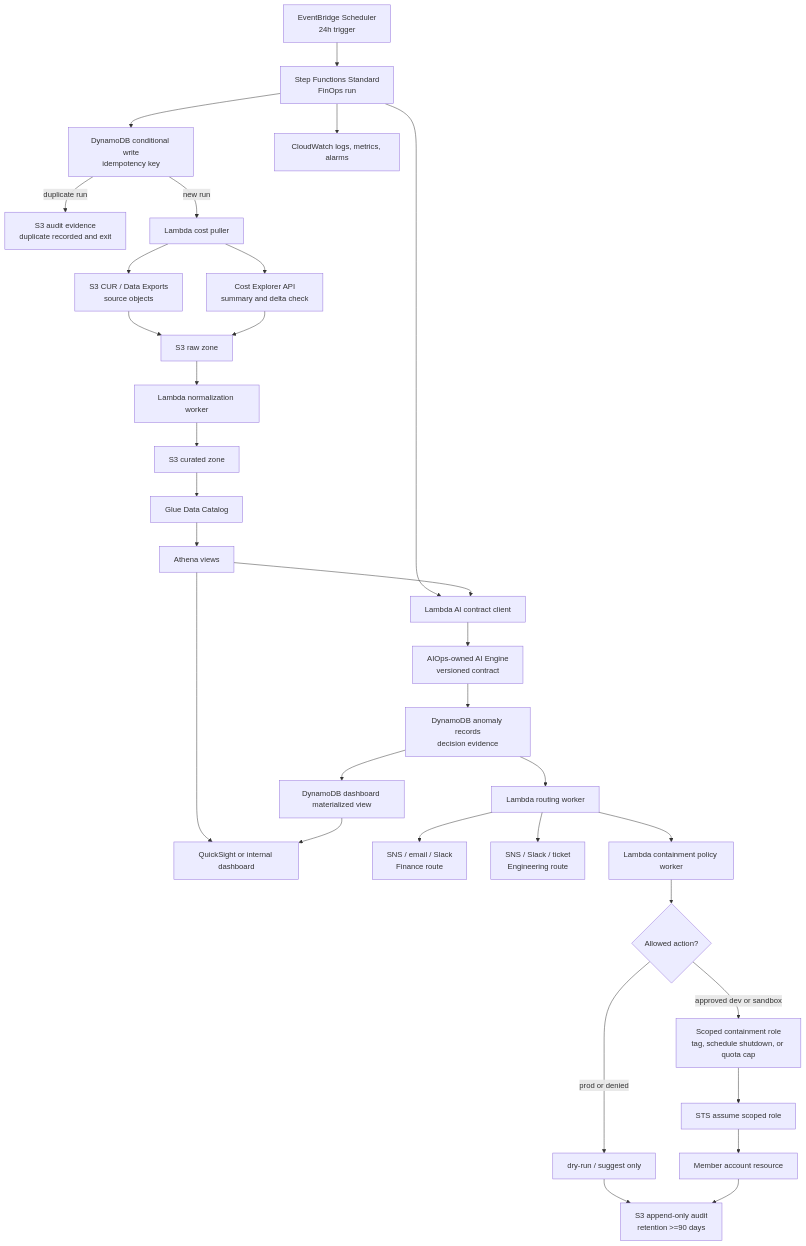
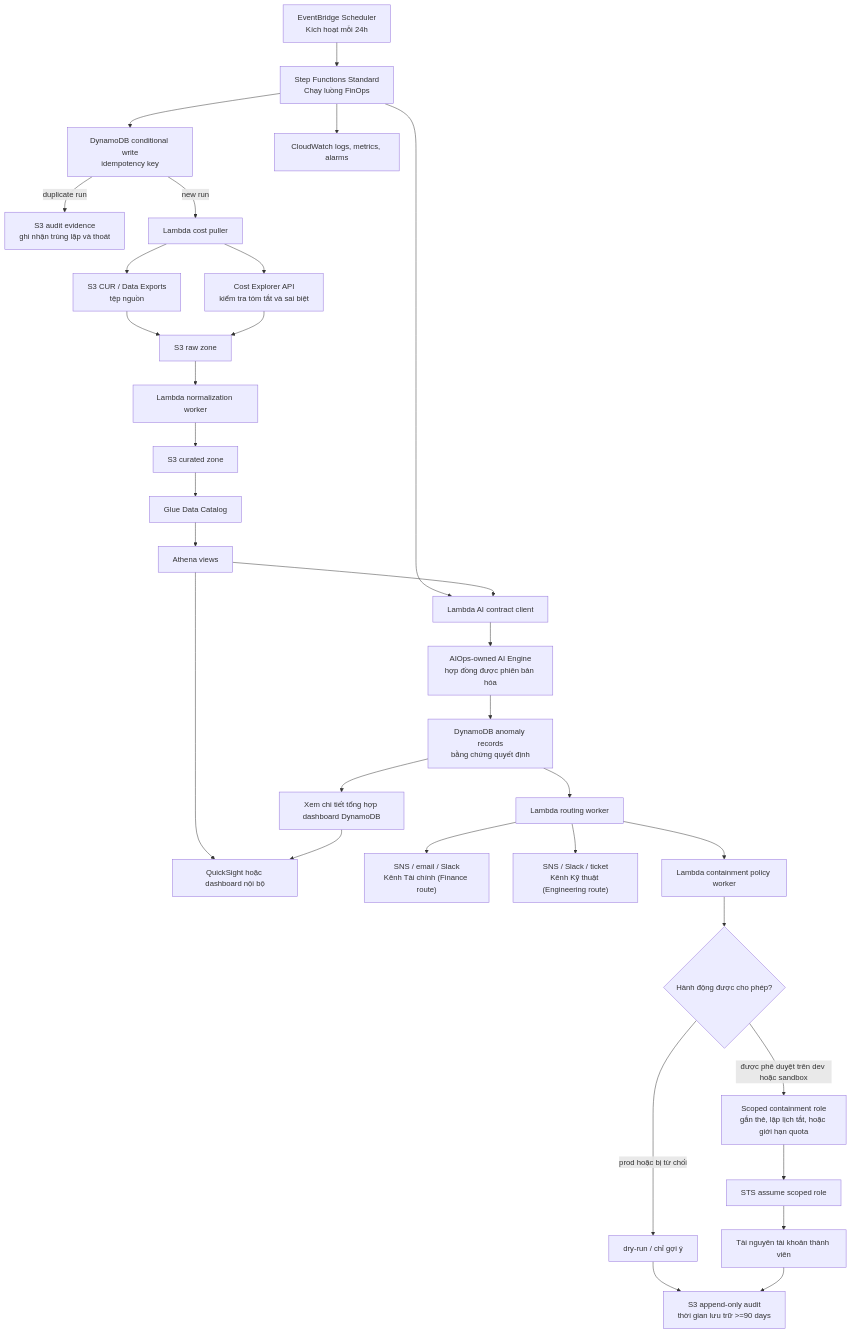
The second of 2 diagrams in docs/tf2-finops/02_infra_design_vi.md (hungxqt/tf2-finops-docs), drawn with Mermaid before and after one commit. The commit also changed other lines of this file, not shown here.

````diff
--- a/docs/tf2-finops/02_infra_design_vi.md
+++ b/docs/tf2-finops/02_infra_design_vi.md
@@ -80,42 +80,42 @@
 ```mermaid
 flowchart TD
-    EB["EventBridge Scheduler<br/>24h trigger"] --> SFN["Step Functions Standard<br/>FinOps run"]
+    EB["EventBridge Scheduler<br/>Kích hoạt mỗi 24h"] --> SFN["Step Functions Standard<br/>Chạy luồng FinOps"]
     SFN --> IDEM["DynamoDB conditional write<br/>idempotency key"]
 
-    IDEM -- duplicate run --> DUPAUDIT["S3 audit evidence<br/>duplicate recorded and exit"]
+    IDEM -- duplicate run --> DUPAUDIT["S3 audit evidence<br/>ghi nhận trùng lặp và thoát"]
     IDEM -- new run --> PULL["Lambda cost puller"]
 
-    PULL --> CURS3["S3 CUR / Data Exports<br/>source objects"]
-    PULL --> CEAPI["Cost Explorer API<br/>summary and delta check"]
+    PULL --> CURS3["S3 CUR / Data Exports<br/>tệp nguồn"]
+    PULL --> CEAPI["Cost Explorer API<br/>kiểm tra tóm tắt và sai biệt"]
     CURS3 --> RAW["S3 raw zone"]
     CEAPI --> RAW
 
     RAW --> NORM["Lambda normalization worker"]
     NORM --> CURATED["S3 curated zone"]
     CURATED --> GLUE["Glue Data Catalog"]
     GLUE --> ATHENA["Athena views"]
 
     SFN --> AIClient["Lambda AI contract client"]
     ATHENA --> AIClient
-    AIClient --> AI["AIOps-owned AI Engine<br/>versioned contract"]
-    AI --> DECISION["DynamoDB anomaly records<br/>decision evidence"]
+    AIClient --> AI["AIOps-owned AI Engine<br/>hợp đồng được phiên bản hóa"]
+    AI --> DECISION["DynamoDB anomaly records<br/>bằng chứng quyết định"]
 
-    DECISION --> DASHMAT["DynamoDB dashboard materialized view"]
-    ATHENA --> DASH["QuickSight or internal dashboard"]
+    DECISION --> DASHMAT["Xem chi tiết tổng hợp dashboard DynamoDB"]
+    ATHENA --> DASH["QuickSight hoặc dashboard nội bộ"]
     DASHMAT --> DASH
 
     DECISION --> ROUTE["Lambda routing worker"]
-    ROUTE --> SNSFIN["SNS / email / Slack<br/>Finance route"]
-    ROUTE --> SNSENG["SNS / Slack / ticket<br/>Engineering route"]
+    ROUTE --> SNSFIN["SNS / email / Slack<br/>Kênh Tài chính (Finance route)"]
+    ROUTE --> SNSENG["SNS / Slack / ticket<br/>Kênh Kỹ thuật (Engineering route)"]
 
     ROUTE --> POLICY["Lambda containment policy worker"]
-    POLICY --> MODE{"Allowed action?"}
-    MODE -- prod or denied --> DRY["dry-run / suggest only"]
-    MODE -- approved dev or sandbox --> APPLY["Scoped containment role<br/>tag, schedule shutdown, or quota cap"]
+    POLICY --> MODE{"Hành động được cho phép?"}
+    MODE -- prod hoặc bị từ chối --> DRY["dry-run / chỉ gợi ý"]
+    MODE -- được phê duyệt trên dev hoặc sandbox --> APPLY["Scoped containment role<br/>gắn thẻ, lập lịch tắt, hoặc giới hạn quota"]
 
-    DRY --> AUDIT["S3 append-only audit<br/>retention >=90 days"]
+    DRY --> AUDIT["S3 append-only audit<br/>thời gian lưu trữ >=90 days"]
     APPLY --> STS["STS assume scoped role"]
-    STS --> MEMBER["Member account resource"]
+    STS --> MEMBER["Tài nguyên tài khoản thành viên"]
     MEMBER --> AUDIT
     SFN --> CW["CloudWatch logs, metrics, alarms"]
 ```
````
